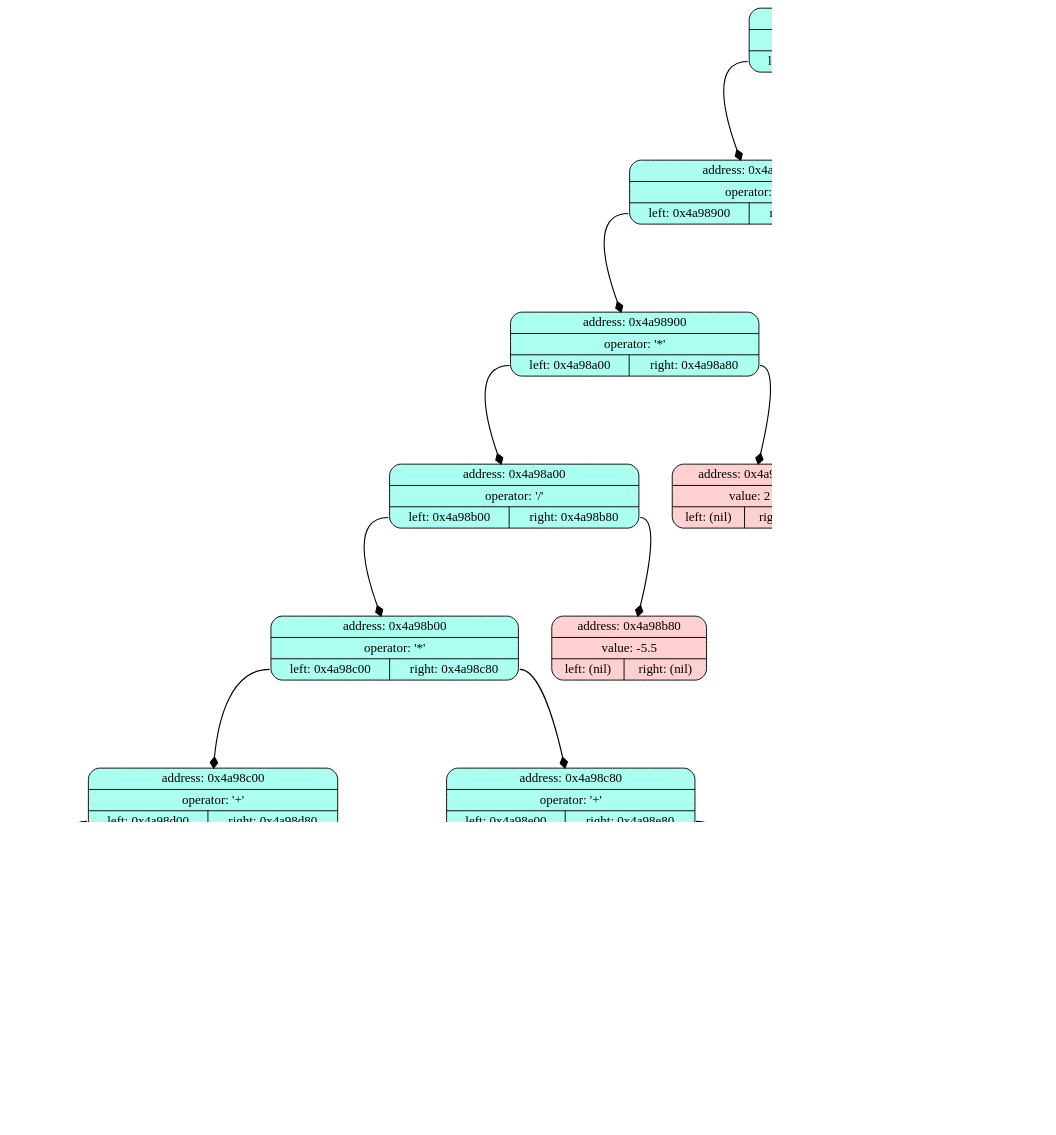
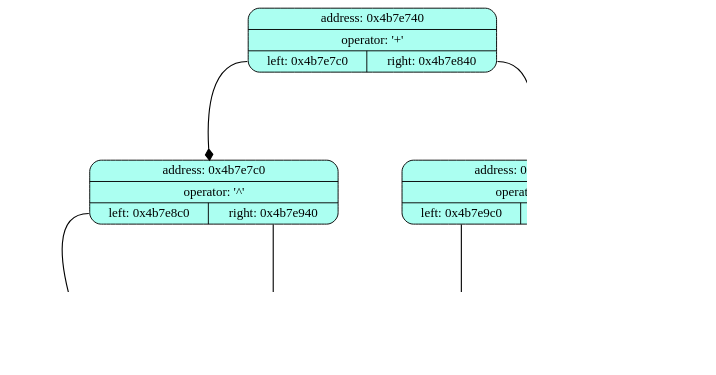
One commit to VictorBerbenets/Differentiator changed the diagram in data/list.dot. Above: the diagram before and after it, drawn with Graphviz. The commit also changed 12 other files, not shown here.

```diff
--- a/data/list.dot
+++ b/data/list.dot
@@ -1,58 +1,28 @@
 digraph List {
 	dpi = 100;
 	fontname = "Comic Sans MS";
 	fontsize = 20;
 	rankdir  = TB;
 graph [fillcolor = lightgreen, ranksep = 1.3, nodesep = 0.5, style = "rounded", color = green, penwidth = 2];
 edge [color = black, arrowhead = diamond, arrowsize = 1, penwidth = 1.2];
-node1 [shape = Mrecord, style = filled, fillcolor = "#ABFFF1", label ="{address: 0x4a98780|operator: '+'| { <ptr1> left: 0x4a98800| <ptr2> right: 0x4a98880}}"]
-node2 [shape = Mrecord, style = filled, fillcolor = "#ABFFF1", label ="{address: 0x4a98780|operator: '+'| { <ptr1> left: 0x4a98800| <ptr2> right: 0x4a98880}}"]
-node1: <ptr1> -> node2; node3 [shape = Mrecord, style = filled, fillcolor = "#ABFFF1", label ="{address: 0x4a98780|operator: '+'| { <ptr1> left: 0x4a98800| <ptr2> right: 0x4a98880}}"]
+node1 [shape = Mrecord, style = filled, fillcolor = "#ABFFF1", label ="{address: 0x4b7e740|operator: '+'| { <ptr1> left: 0x4b7e7c0| <ptr2> right: 0x4b7e840}}"]
+node2 [shape = Mrecord, style = filled, fillcolor = "#ABFFF1", label ="{address: 0x4b7e740|operator: '+'| { <ptr1> left: 0x4b7e7c0| <ptr2> right: 0x4b7e840}}"]
+node1: <ptr1> -> node2; node3 [shape = Mrecord, style = filled, fillcolor = "#ABFFF1", label ="{address: 0x4b7e740|operator: '+'| { <ptr1> left: 0x4b7e7c0| <ptr2> right: 0x4b7e840}}"]
 node1: <ptr2> -> node3; 
-node2 [shape = Mrecord, style = filled, fillcolor = "#ABFFF1", label ="{address: 0x4a98800|operator: '/'| { <ptr1> left: 0x4a98900| <ptr2> right: 0x4a98980}}"]
-node4 [shape = Mrecord, style = filled, fillcolor = "#ABFFF1", label ="{address: 0x4a98800|operator: '/'| { <ptr1> left: 0x4a98900| <ptr2> right: 0x4a98980}}"]
-node2: <ptr1> -> node4; node5 [shape = Mrecord, style = filled, fillcolor = "#ABFFF1", label ="{address: 0x4a98800|operator: '/'| { <ptr1> left: 0x4a98900| <ptr2> right: 0x4a98980}}"]
+node2 [shape = Mrecord, style = filled, fillcolor = "#ABFFF1", label ="{address: 0x4b7e7c0|operator: '^'| { <ptr1> left: 0x4b7e8c0| <ptr2> right: 0x4b7e940}}"]
+node4 [shape = Mrecord, style = filled, fillcolor = "#ABFFF1", label ="{address: 0x4b7e7c0|operator: '^'| { <ptr1> left: 0x4b7e8c0| <ptr2> right: 0x4b7e940}}"]
+node2: <ptr1> -> node4; node5 [shape = Mrecord, style = filled, fillcolor = "#ABFFF1", label ="{address: 0x4b7e7c0|operator: '^'| { <ptr1> left: 0x4b7e8c0| <ptr2> right: 0x4b7e940}}"]
 node2: <ptr2> -> node5; 
-node3 [shape = Mrecord, style = filled, fillcolor = "#FFD0D0", label ="{address: 0x4a98880|value: 1.48888e+07| { <ptr1> left: (nil)| <ptr2> right: (nil)}}"]
+node3 [shape = Mrecord, style = filled, fillcolor = "#ABFFF1", label ="{address: 0x4b7e840|operator: '*'| { <ptr1> left: 0x4b7e9c0| <ptr2> right: 0x4b7ea40}}"]
+node6 [shape = Mrecord, style = filled, fillcolor = "#ABFFF1", label ="{address: 0x4b7e840|operator: '*'| { <ptr1> left: 0x4b7e9c0| <ptr2> right: 0x4b7ea40}}"]
+node3: <ptr1> -> node6; node7 [shape = Mrecord, style = filled, fillcolor = "#ABFFF1", label ="{address: 0x4b7e840|operator: '*'| { <ptr1> left: 0x4b7e9c0| <ptr2> right: 0x4b7ea40}}"]
+node3: <ptr2> -> node7; 
+node4 [shape = Mrecord, style = filled, fillcolor = "#FFD0D0", label ="{address: 0x4b7e8c0|value: 2| { <ptr1> left: (nil)| <ptr2> right: (nil)}}"]
 
-node4 [shape = Mrecord, style = filled, fillcolor = "#ABFFF1", label ="{address: 0x4a98900|operator: '*'| { <ptr1> left: 0x4a98a00| <ptr2> right: 0x4a98a80}}"]
-node6 [shape = Mrecord, style = filled, fillcolor = "#ABFFF1", label ="{address: 0x4a98900|operator: '*'| { <ptr1> left: 0x4a98a00| <ptr2> right: 0x4a98a80}}"]
-node4: <ptr1> -> node6; node7 [shape = Mrecord, style = filled, fillcolor = "#ABFFF1", label ="{address: 0x4a98900|operator: '*'| { <ptr1> left: 0x4a98a00| <ptr2> right: 0x4a98a80}}"]
-node4: <ptr2> -> node7; 
-node5 [shape = Mrecord, style = filled, fillcolor = "#FFD0D0", label ="{address: 0x4a98980|value: 10| { <ptr1> left: (nil)| <ptr2> right: (nil)}}"]
+node5 [shape = Mrecord, style = filled, fillcolor = "#FFD0D0", label ="{address: 0x4b7e940|value: 3| { <ptr1> left: (nil)| <ptr2> right: (nil)}}"]
 
-node6 [shape = Mrecord, style = filled, fillcolor = "#ABFFF1", label ="{address: 0x4a98a00|operator: '/'| { <ptr1> left: 0x4a98b00| <ptr2> right: 0x4a98b80}}"]
-node8 [shape = Mrecord, style = filled, fillcolor = "#ABFFF1", label ="{address: 0x4a98a00|operator: '/'| { <ptr1> left: 0x4a98b00| <ptr2> right: 0x4a98b80}}"]
-node6: <ptr1> -> node8; node9 [shape = Mrecord, style = filled, fillcolor = "#ABFFF1", label ="{address: 0x4a98a00|operator: '/'| { <ptr1> left: 0x4a98b00| <ptr2> right: 0x4a98b80}}"]
-node6: <ptr2> -> node9; 
-node7 [shape = Mrecord, style = filled, fillcolor = "#FFD0D0", label ="{address: 0x4a98a80|value: 2| { <ptr1> left: (nil)| <ptr2> right: (nil)}}"]
+node6 [shape = Mrecord, style = filled, fillcolor = "#ABFFF1", label ="{address: 0x4b7e9c0|variable: x| { <ptr1> left: (nil)| <ptr2> right: (nil)}}"]
 
-node8 [shape = Mrecord, style = filled, fillcolor = "#ABFFF1", label ="{address: 0x4a98b00|operator: '*'| { <ptr1> left: 0x4a98c00| <ptr2> right: 0x4a98c80}}"]
-node10 [shape = Mrecord, style = filled, fillcolor = "#ABFFF1", label ="{address: 0x4a98b00|operator: '*'| { <ptr1> left: 0x4a98c00| <ptr2> right: 0x4a98c80}}"]
-node8: <ptr1> -> node10; node11 [shape = Mrecord, style = filled, fillcolor = "#ABFFF1", label ="{address: 0x4a98b00|operator: '*'| { <ptr1> left: 0x4a98c00| <ptr2> right: 0x4a98c80}}"]
-node8: <ptr2> -> node11; 
-node9 [shape = Mrecord, style = filled, fillcolor = "#FFD0D0", label ="{address: 0x4a98b80|value: -5.5| { <ptr1> left: (nil)| <ptr2> right: (nil)}}"]
-
-node10 [shape = Mrecord, style = filled, fillcolor = "#ABFFF1", label ="{address: 0x4a98c00|operator: '+'| { <ptr1> left: 0x4a98d00| <ptr2> right: 0x4a98d80}}"]
-node12 [shape = Mrecord, style = filled, fillcolor = "#ABFFF1", label ="{address: 0x4a98c00|operator: '+'| { <ptr1> left: 0x4a98d00| <ptr2> right: 0x4a98d80}}"]
-node10: <ptr1> -> node12; node13 [shape = Mrecord, style = filled, fillcolor = "#ABFFF1", label ="{address: 0x4a98c00|operator: '+'| { <ptr1> left: 0x4a98d00| <ptr2> right: 0x4a98d80}}"]
-node10: <ptr2> -> node13; 
-node11 [shape = Mrecord, style = filled, fillcolor = "#ABFFF1", label ="{address: 0x4a98c80|operator: '+'| { <ptr1> left: 0x4a98e00| <ptr2> right: 0x4a98e80}}"]
-node14 [shape = Mrecord, style = filled, fillcolor = "#ABFFF1", label ="{address: 0x4a98c80|operator: '+'| { <ptr1> left: 0x4a98e00| <ptr2> right: 0x4a98e80}}"]
-node11: <ptr1> -> node14; node15 [shape = Mrecord, style = filled, fillcolor = "#ABFFF1", label ="{address: 0x4a98c80|operator: '+'| { <ptr1> left: 0x4a98e00| <ptr2> right: 0x4a98e80}}"]
-node11: <ptr2> -> node15; 
-node12 [shape = Mrecord, style = filled, fillcolor = "#FFD0D0", label ="{address: 0x4a98d00|value: 5| { <ptr1> left: (nil)| <ptr2> right: (nil)}}"]
-
-node13 [shape = Mrecord, style = filled, fillcolor = "#FFD0D0", label ="{address: 0x4a98d80|value: 6| { <ptr1> left: (nil)| <ptr2> right: (nil)}}"]
-
-node14 [shape = Mrecord, style = filled, fillcolor = "#ABFFF1", label ="{address: 0x4a98e00|operator: '-'| { <ptr1> left: 0x4a98f00| <ptr2> right: 0x4a98f80}}"]
-node16 [shape = Mrecord, style = filled, fillcolor = "#ABFFF1", label ="{address: 0x4a98e00|operator: '-'| { <ptr1> left: 0x4a98f00| <ptr2> right: 0x4a98f80}}"]
-node14: <ptr1> -> node16; node17 [shape = Mrecord, style = filled, fillcolor = "#ABFFF1", label ="{address: 0x4a98e00|operator: '-'| { <ptr1> left: 0x4a98f00| <ptr2> right: 0x4a98f80}}"]
-node14: <ptr2> -> node17; 
-node15 [shape = Mrecord, style = filled, fillcolor = "#FFD0D0", label ="{address: 0x4a98e80|value: -532.87| { <ptr1> left: (nil)| <ptr2> right: (nil)}}"]
-
-node16 [shape = Mrecord, style = filled, fillcolor = "#FFD0D0", label ="{address: 0x4a98f00|value: 10| { <ptr1> left: (nil)| <ptr2> right: (nil)}}"]
-
-node17 [shape = Mrecord, style = filled, fillcolor = "#FFD0D0", label ="{address: 0x4a98f80|value: -100| { <ptr1> left: (nil)| <ptr2> right: (nil)}}"]
+node7 [shape = Mrecord, style = filled, fillcolor = "#FFD0D0", label ="{address: 0x4b7ea40|value: 3| { <ptr1> left: (nil)| <ptr2> right: (nil)}}"]
 
 }
```
